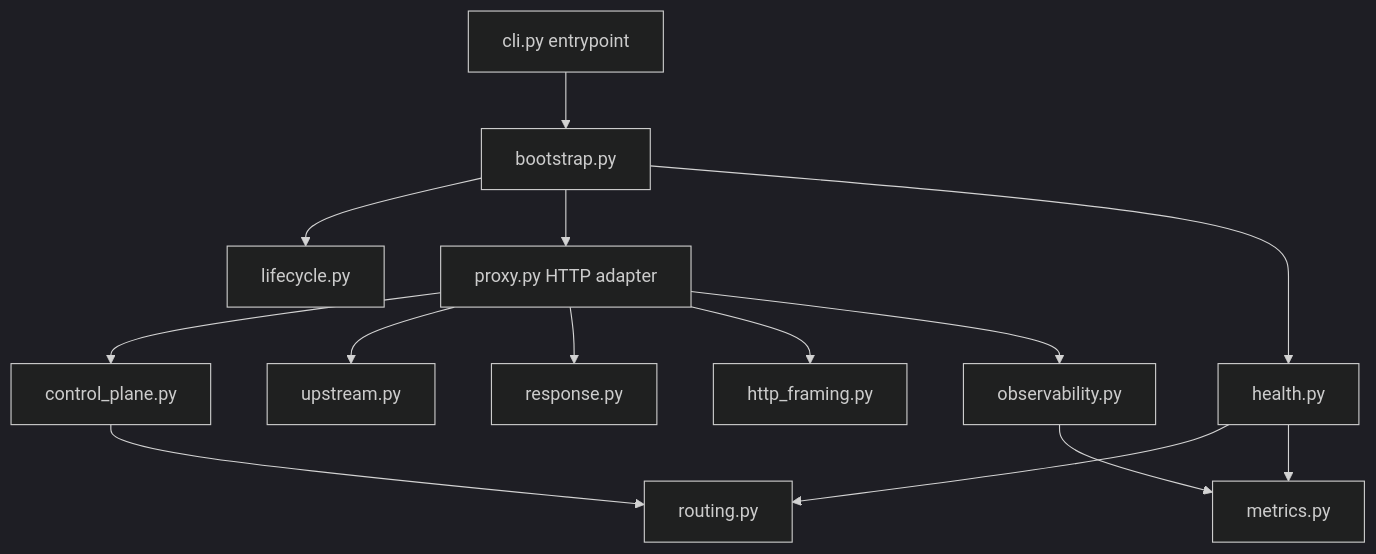
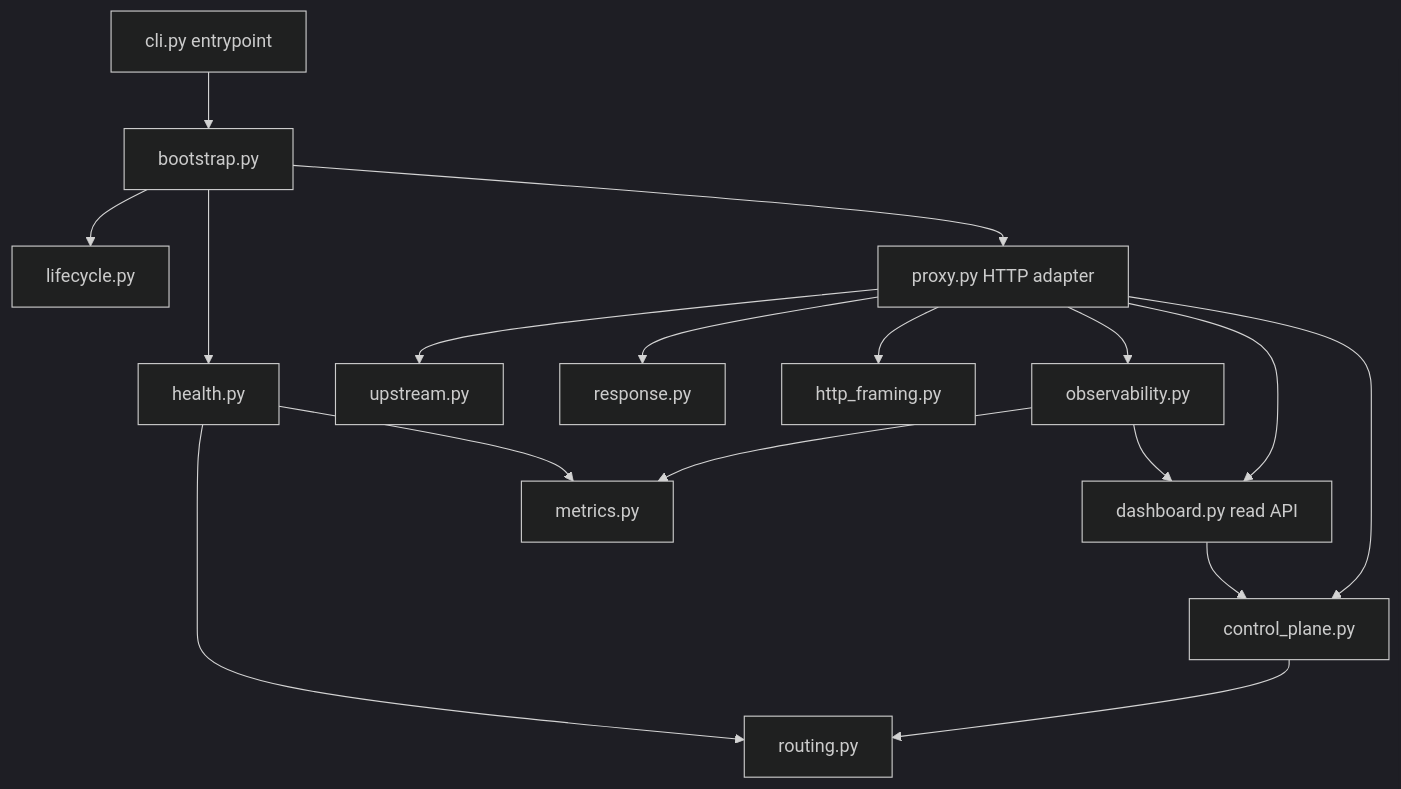
Before and after one commit to RafaS92/LoadBalancer: the diagram in ARCHITECTURE.md, drawn with Mermaid (dark theme). The commit also changed other lines of this file and 7 other files, not shown here.

Commit message:
Add frontend dashboard read API

````diff
--- a/ARCHITECTURE.md
+++ b/ARCHITECTURE.md
@@ -7,16 +7,19 @@
 ```mermaid
 flowchart TD
     CLI["cli.py entrypoint"] --> Composition["bootstrap.py"]
     Composition --> Lifecycle["lifecycle.py"]
     Composition --> Proxy["proxy.py HTTP adapter"]
     Composition --> Health["health.py"]
     Proxy --> Control["control_plane.py"]
     Proxy --> Upstream["upstream.py"]
     Proxy --> Response["response.py"]
     Proxy --> Framing["http_framing.py"]
     Proxy --> Observer["observability.py"]
+    Proxy --> Dashboard["dashboard.py read API"]
     Control --> Routing["routing.py"]
+    Dashboard --> Control
+    Observer --> Dashboard
     Health --> Routing
     Observer --> Metrics["metrics.py"]
     Health --> Metrics
 ```
````
